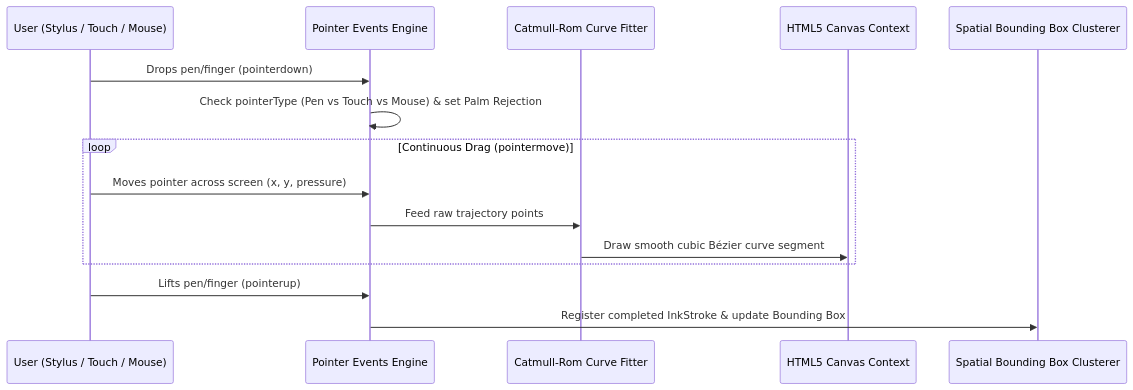
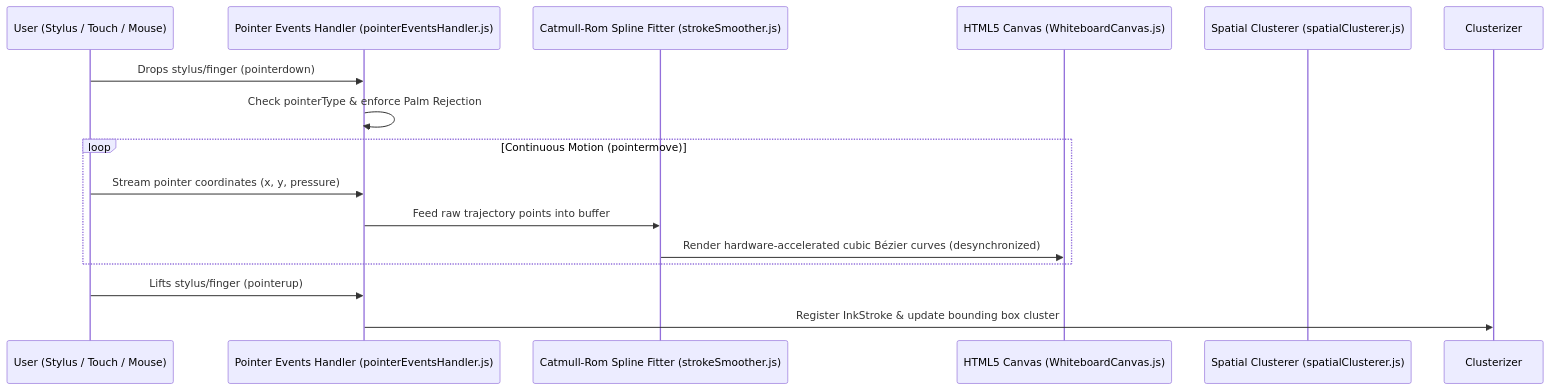
The first of 2 diagrams in PLAYGROUND_FEATURE_TECH_SPEC.md (sulaimankhan8/netz), drawn with Mermaid before and after one commit. The commit also changed other lines of this file and 152 other files, not shown here.

````diff
--- a/PLAYGROUND_FEATURE_TECH_SPEC.md
+++ b/PLAYGROUND_FEATURE_TECH_SPEC.md
@@ -95,18 +148,18 @@
 ```mermaid
 sequenceDiagram
     participant User as User (Stylus / Touch / Mouse)
-    participant PointerAPI as Pointer Events Engine
-    participant Smoother as Catmull-Rom Curve Fitter
-    participant Canvas as HTML5 Canvas Context
-    participant Clusterizer as Spatial Bounding Box Clusterer
+    participant PointerAPI as Pointer Events Handler (pointerEventsHandler.js)
+    participant Smoother as Catmull-Rom Spline Fitter (strokeSmoother.js)
+    participant Canvas as HTML5 Canvas (WhiteboardCanvas.js)
+    participant Clusterer as Spatial Clusterer (spatialClusterer.js)
 
-    User->>PointerAPI: Drops pen/finger (pointerdown)
-    PointerAPI->>PointerAPI: Check pointerType (Pen vs Touch vs Mouse) & set Palm Rejection
-    loop Continuous Drag (pointermove)
-        User->>PointerAPI: Moves pointer across screen (x, y, pressure)
-        PointerAPI->>Smoother: Feed raw trajectory points
-        Smoother->>Canvas: Draw smooth cubic Bézier curve segment
+    User->>PointerAPI: Drops stylus/finger (pointerdown)
+    PointerAPI->>PointerAPI: Check pointerType & enforce Palm Rejection
+    loop Continuous Motion (pointermove)
+        User->>PointerAPI: Stream pointer coordinates (x, y, pressure)
+        PointerAPI->>Smoother: Feed raw trajectory points into buffer
+        Smoother->>Canvas: Render hardware-accelerated cubic Bézier curves (desynchronized)
     end
-    User->>PointerAPI: Lifts pen/finger (pointerup)
-    PointerAPI->>Clusterizer: Register completed InkStroke & update Bounding Box
+    User->>PointerAPI: Lifts stylus/finger (pointerup)
+    PointerAPI->>Clusterizer: Register InkStroke & update bounding box cluster
 ```
````
